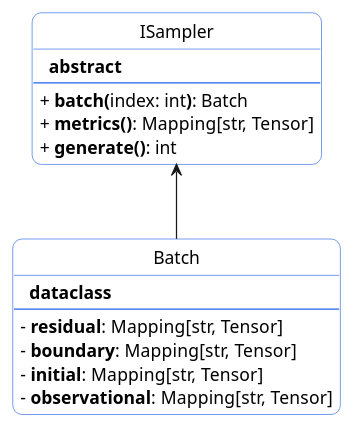
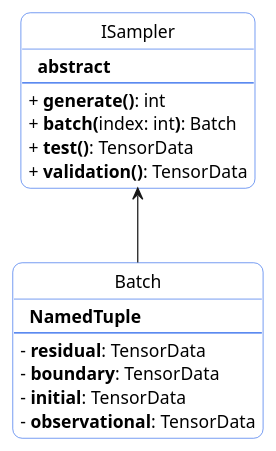
Before and after one commit to luralves/bernet: the diagram in docs/contracts/sampler.puml, drawn with PlantUML. The commit also changed 7 other files, not shown here.

```diff
--- a/docs/contracts/sampler.puml
+++ b/docs/contracts/sampler.puml
@@ -1,42 +1,43 @@
 @startuml sampler
 ' === Clean modern look ===
 skinparam backgroundColor #FFFFFF
 skinparam classBackgroundColor #FFFFFF
 skinparam classBorderColor #2563EB
 skinparam roundCorner 15
 skinparam shadowing false
 
 ' Hide empty members
 hide empty members
 
 ' Hide circle
 hide circle
 
 ' Remove circles
 skinparam CircledCharacterRadius 10
 
 ' Remove markers from parameters and methods
 skinparam classAttributeIconSize 0
 
 ' ===== Diagram content =====
 class Batch {
-    **  dataclass**
+    **  NamedTuple**
     --
-    - ** residual**: Mapping[str, Tensor]
-    - ** boundary**: Mapping[str, Tensor]
-    - ** initial**: Mapping[str, Tensor]
-    - ** observational**: Mapping[str, Tensor]
+    - ** residual**: TensorData
+    - ** boundary**: TensorData
+    - ** initial**: TensorData
+    - ** observational**: TensorData
 }
 
 class ISampler {
     **  abstract**
     --
+    + ** generate()**: int
     + ** batch(**index: int**)**: Batch
-    + ** metrics()**: Mapping[str, Tensor]
-    + ** generate()**: int
+    + ** test()**: TensorData
+    + ** validation()**: TensorData
 }
 
 ' Relationships
 ISampler <-- Batch
 
 @enduml
```
